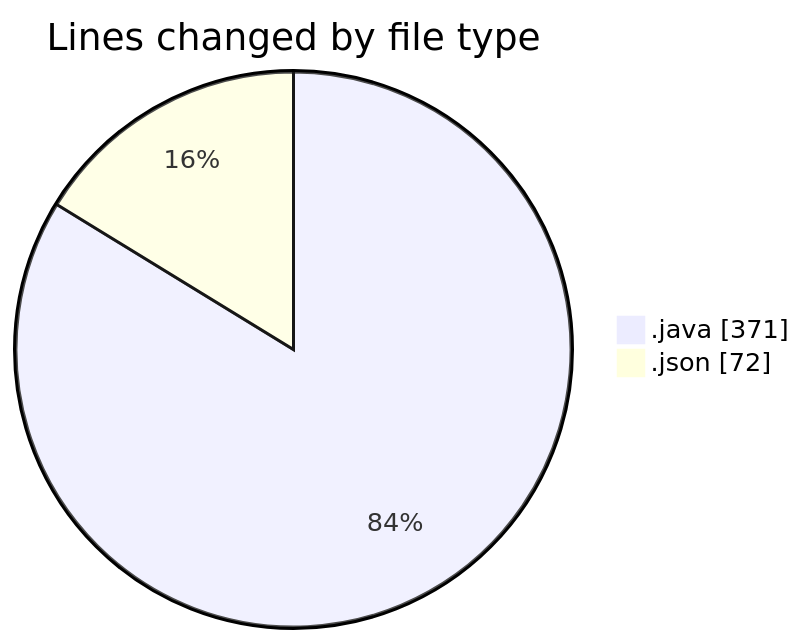
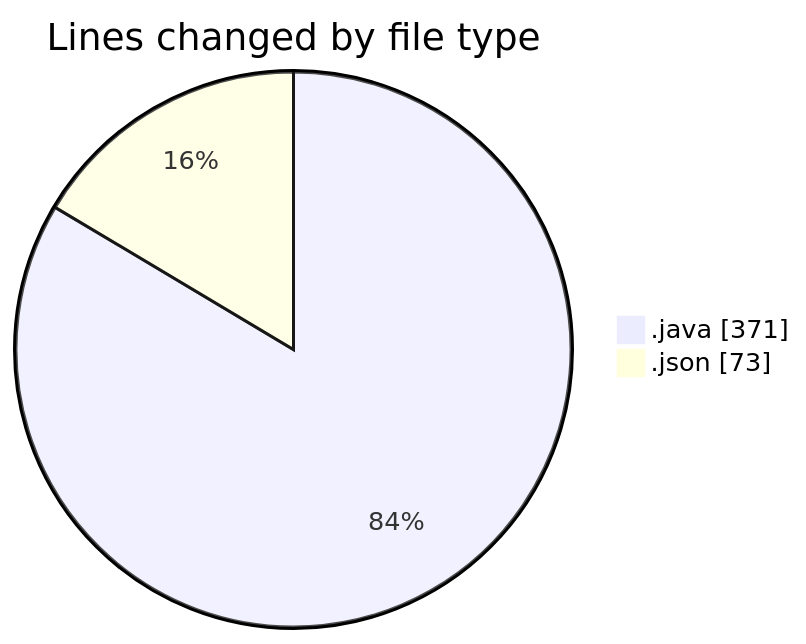
The first of 2 diagrams in 2026-05-22/cilapp/README.md (ricardozamudiocil/code-tracking), drawn with Mermaid before and after one commit. The commit also changed other lines of this file and 1 other file, not shown here.

````diff
--- a/2026-05-22/cilapp/README.md
+++ b/2026-05-22/cilapp/README.md
@@ -22,6 +22,6 @@
 ```mermaid
 pie showData
 title Lines changed by file type
 ".java" : 371
-".json" : 72
+".json" : 73
 ```
````
